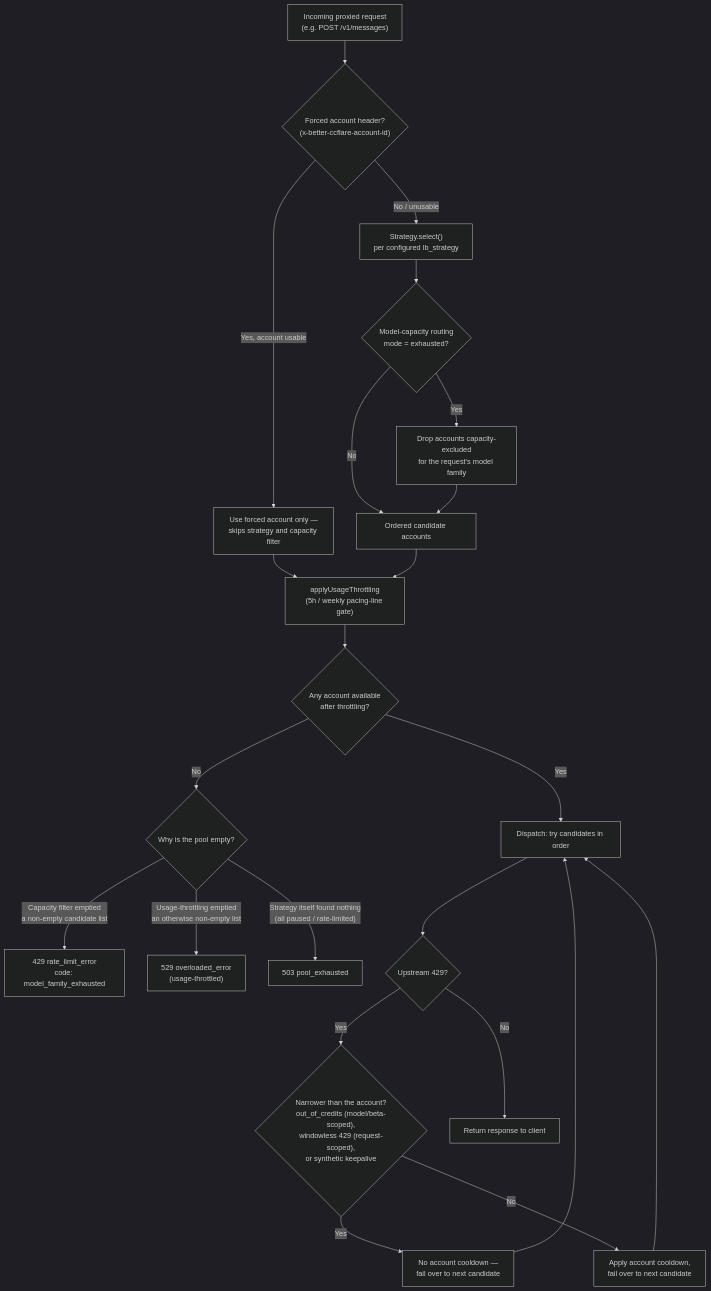
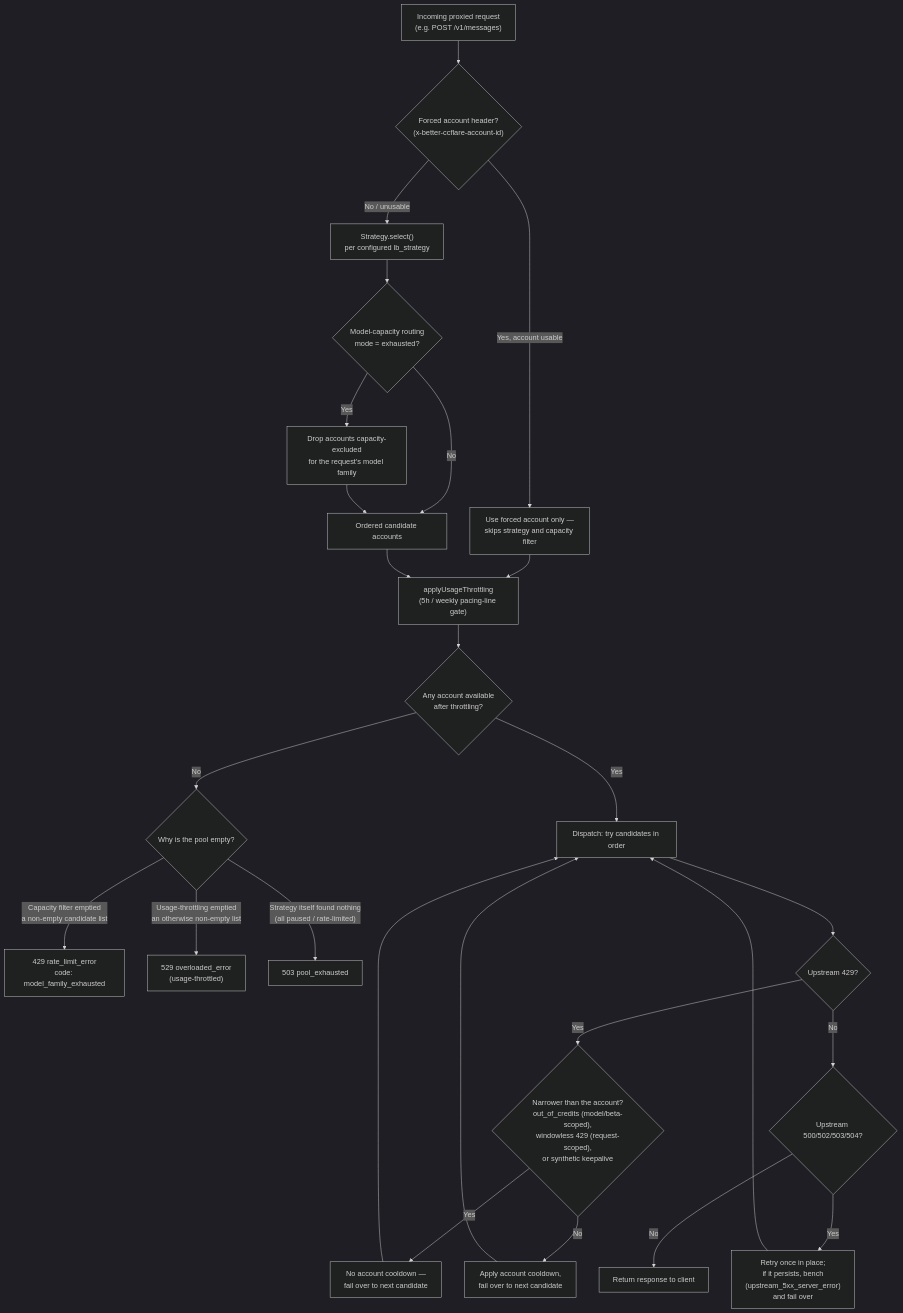
Before and after one commit to tombii/better-ccflare: the first of 8 diagrams in docs/routing-architecture.md, drawn with Mermaid (dark theme). The commit also changed other lines of this file and 2 other files, not shown here.

First line of the commit message:
docs: document CCFLARE_SERVER_ERROR_RETRY_ENABLED and CCFLARE_SERVER_ERROR_COOLDOWN_MS

````diff
--- a/docs/routing-architecture.md
+++ b/docs/routing-architecture.md
@@ -27,25 +27,28 @@
 ```mermaid
 flowchart TD
     A["Incoming proxied request<br/>(e.g. POST /v1/messages)"] --> B{"Forced account header?<br/>(x-better-ccflare-account-id)"}
     B -->|"Yes, account usable"| C["Use forced account only —<br/>skips strategy and capacity filter"]
     B -->|"No / unusable"| D["Strategy.select()<br/>per configured lb_strategy"]
     D --> E{"Model-capacity routing<br/>mode = exhausted?"}
     E -->|"Yes"| F["Drop accounts capacity-excluded<br/>for the request's model family"]
     E -->|"No"| G["Ordered candidate accounts"]
     F --> G
     C --> H["applyUsageThrottling<br/>(5h / weekly pacing-line gate)"]
     G --> H
     H --> I{"Any account available<br/>after throttling?"}
     I -->|"No"| J{"Why is the pool empty?"}
     J -->|"Capacity filter emptied<br/>a non-empty candidate list"| K["429 rate_limit_error<br/>code: model_family_exhausted"]
     J -->|"Usage-throttling emptied<br/>an otherwise non-empty list"| L["529 overloaded_error<br/>(usage-throttled)"]
     J -->|"Strategy itself found nothing<br/>(all paused / rate-limited)"| M["503 pool_exhausted"]
     I -->|"Yes"| N["Dispatch: try candidates in order"]
     N --> O{"Upstream 429?"}
     O -->|"Yes"| P{"Narrower than the account?<br/>out_of_credits (model/beta-scoped),<br/>windowless 429 (request-scoped),<br/>or synthetic keepalive"}
     P -->|"Yes"| P2["No account cooldown —<br/>fail over to next candidate"]
     P -->|"No"| P3["Apply account cooldown,<br/>fail over to next candidate"]
     P2 --> N
     P3 --> N
-    O -->|"No"| Q["Return response to client"]
+    O -->|"No"| R{"Upstream 500/502/503/504?"}
+    R -->|"Yes"| R2["Retry once in place;<br/>if it persists, bench<br/>(upstream_5xx_server_error)<br/>and fail over"]
+    R2 --> N
+    R -->|"No"| Q["Return response to client"]
 ```
````
